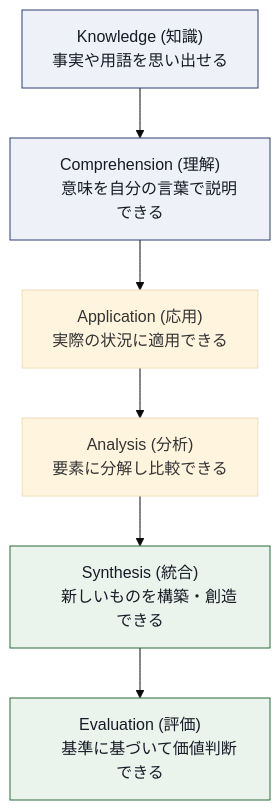
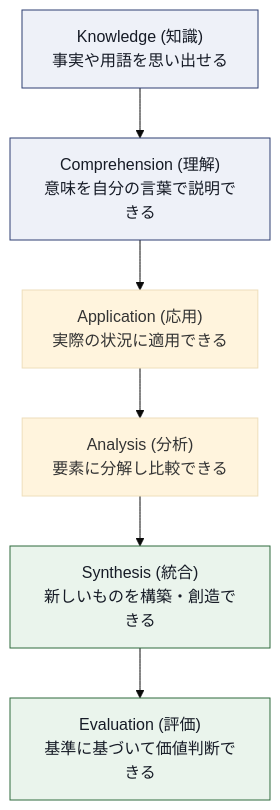
One commit to myoshi2891/Management-Team-Building-Studies changed the third of 15 diagrams in Csp-sm-certified-scrum-professional-scrummaster-study-guide.md. Above: the diagram before and after it, drawn with Mermaid (base theme). The commit also changed other lines of this file, not shown here.

Commit message:
docs: CSP-SM 学習ガイドのMermaid図整形およびCTC/CEC注記を更新

````diff
--- a/Csp-sm-certified-scrum-professional-scrummaster-study-guide.md
+++ b/Csp-sm-certified-scrum-professional-scrummaster-study-guide.md
@@ -151,19 +142,13 @@
 ```mermaid
 flowchart TB
-    K["Knowledge (知識)
-    事実や用語を思い出せる"] --> C["Comprehension (理解)
-    意味を自分の言葉で説明できる"]
-    C --> A["Application (応用)
-    実際の状況に適用できる"]
-    A --> An["Analysis (分析)
-    要素に分解し比較できる"]
-    An --> S["Synthesis (統合)
-    新しいものを構築・創造できる"]
-    S --> E["Evaluation (評価)
-    基準に基づいて価値判断できる"]
+    K["Knowledge (知識)<br/>事実や用語を思い出せる"] --> C["Comprehension (理解)<br/>意味を自分の言葉で説明できる"]
+    C --> A["Application (応用)<br/>実際の状況に適用できる"]
+    A --> An["Analysis (分析)<br/>要素に分解し比較できる"]
+    An --> S["Synthesis (統合)<br/>新しいものを構築・創造できる"]
+    S --> E["Evaluation (評価)<br/>基準に基づいて価値判断できる"]
 
     classDef low fill:#EEF1F8,stroke:#2E3F72,color:#161B26
     classDef high fill:#EAF4EC,stroke:#2F6B3D,color:#161B26
     class K,C low
     class S,E high
 ```
````
